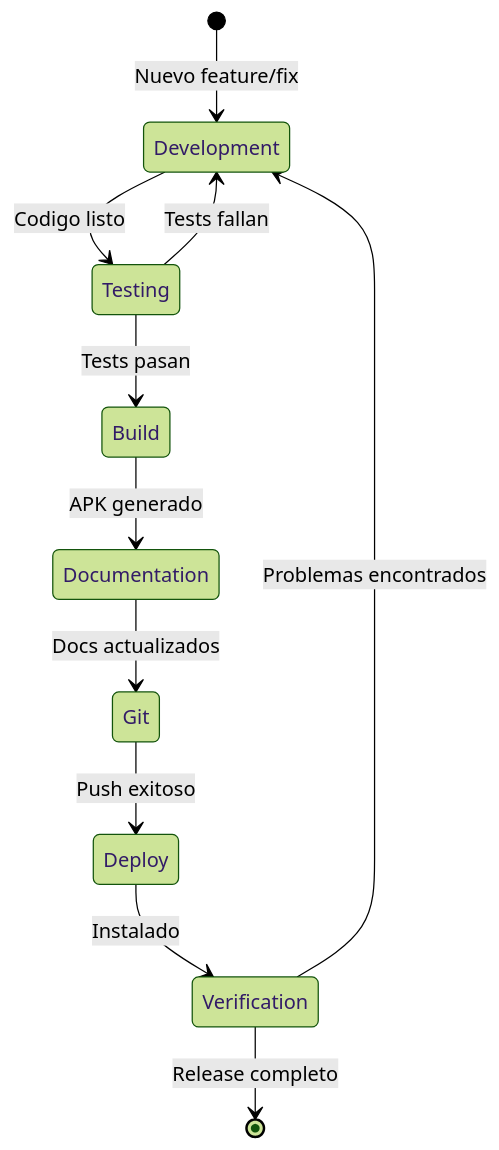
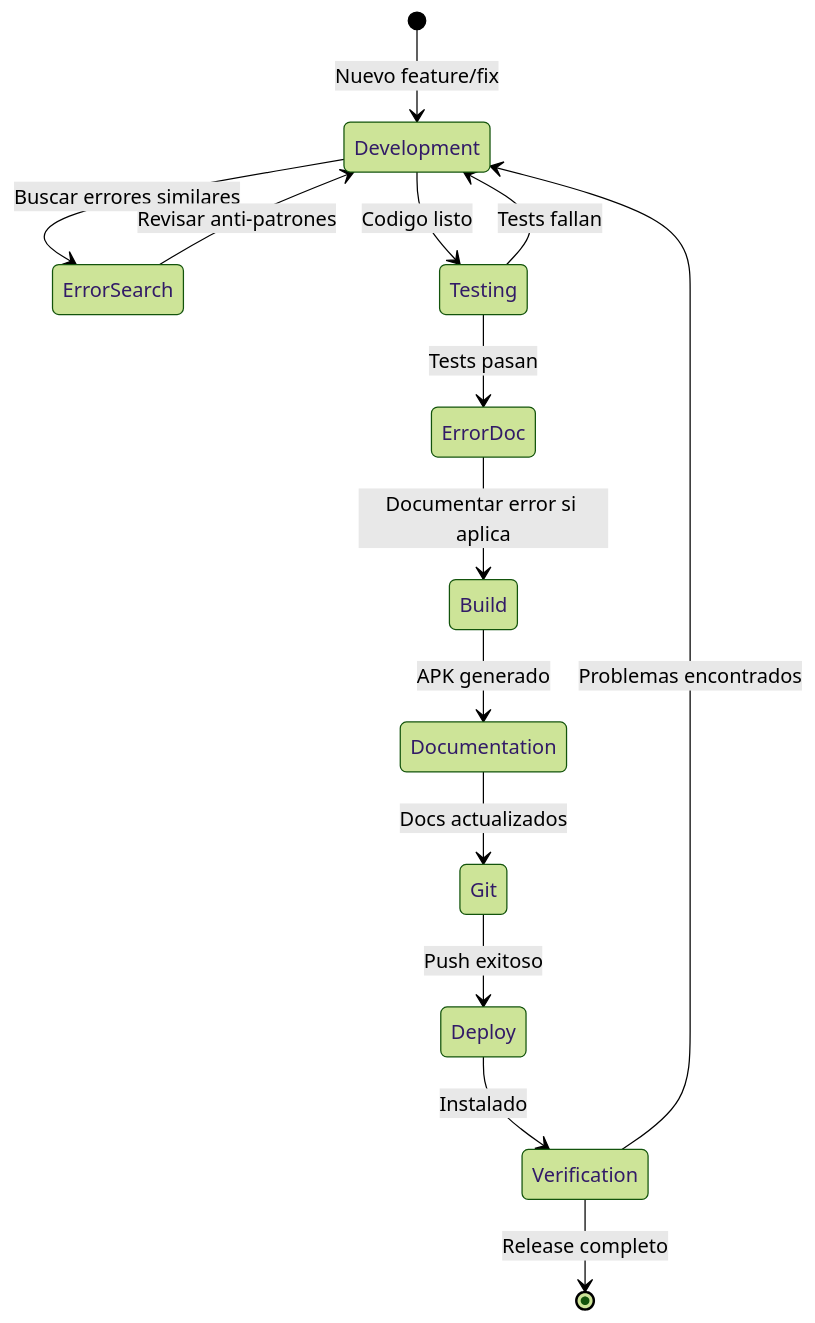
One commit to alvaretto/finanzasfamilia changed diagram 14 of 14 in docs/CLAUDE_WORKFLOW.md. Above: the diagram before and after it, drawn with Mermaid (forest theme). The commit also changed other lines of this file and 3 other files, not shown here.

````diff
--- a/docs/CLAUDE_WORKFLOW.md
+++ b/docs/CLAUDE_WORKFLOW.md
@@ -446,16 +639,20 @@
 ```mermaid
 stateDiagram-v2
     [*] --> Development: Nuevo feature/fix
 
+    Development --> ErrorSearch: Buscar errores similares
+    ErrorSearch --> Development: Revisar anti-patrones
+    
     Development --> Testing: Codigo listo
     Testing --> Development: Tests fallan
-    Testing --> Build: Tests pasan
-
+    Testing --> ErrorDoc: Tests pasan
+    
+    ErrorDoc --> Build: Documentar error si aplica
     Build --> Documentation: APK generado
     Documentation --> Git: Docs actualizados
     Git --> Deploy: Push exitoso
 
     Deploy --> Verification: Instalado
     Verification --> [*]: Release completo
     Verification --> Development: Problemas encontrados
 ```
````
